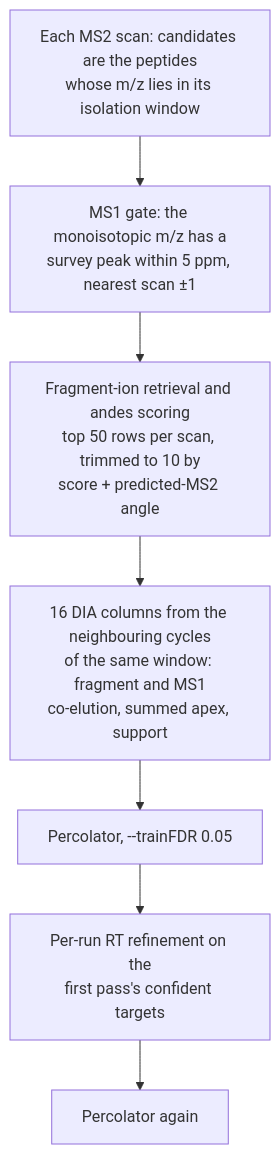
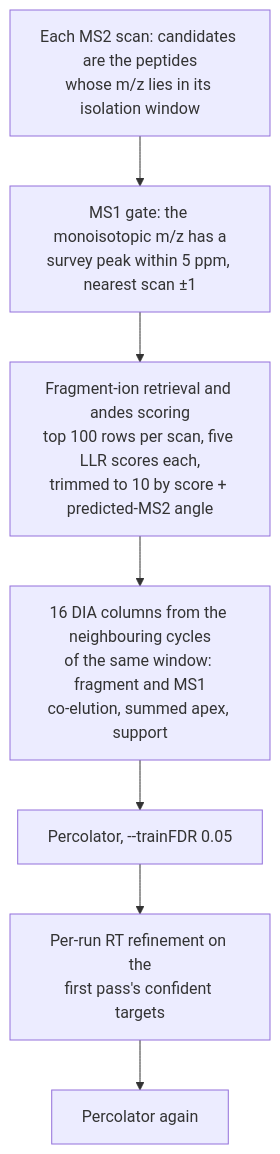
The diagram in website/pages/features/dia.md (bigbio/andes), drawn with Mermaid before and after one commit. The commit also changed other lines of this file and 8 other files, not shown here.

````diff
--- a/website/pages/features/dia.md
+++ b/website/pages/features/dia.md
@@ -14,9 +14,9 @@
 ```mermaid
 flowchart TD
     A["Each MS2 scan: candidates are the peptides<br/>whose m/z lies in its isolation window"] --> B["MS1 gate: the monoisotopic m/z has a<br/>survey peak within 5 ppm, nearest scan ±1"]
-    B --> C["Fragment-ion retrieval and andes scoring<br/>top 50 rows per scan, trimmed to 10 by<br/>score + predicted-MS2 angle"]
+    B --> C["Fragment-ion retrieval and andes scoring<br/>top 100 rows per scan, five LLR scores each,<br/>trimmed to 10 by score + predicted-MS2 angle"]
     C --> D["16 DIA columns from the neighbouring cycles<br/>of the same window: fragment and MS1<br/>co-elution, summed apex, support"]
     D --> E["Percolator, --trainFDR 0.05"]
     E --> F["Per-run RT refinement on the<br/>first pass's confident targets"]
     F --> G["Percolator again"]
 ```
````
